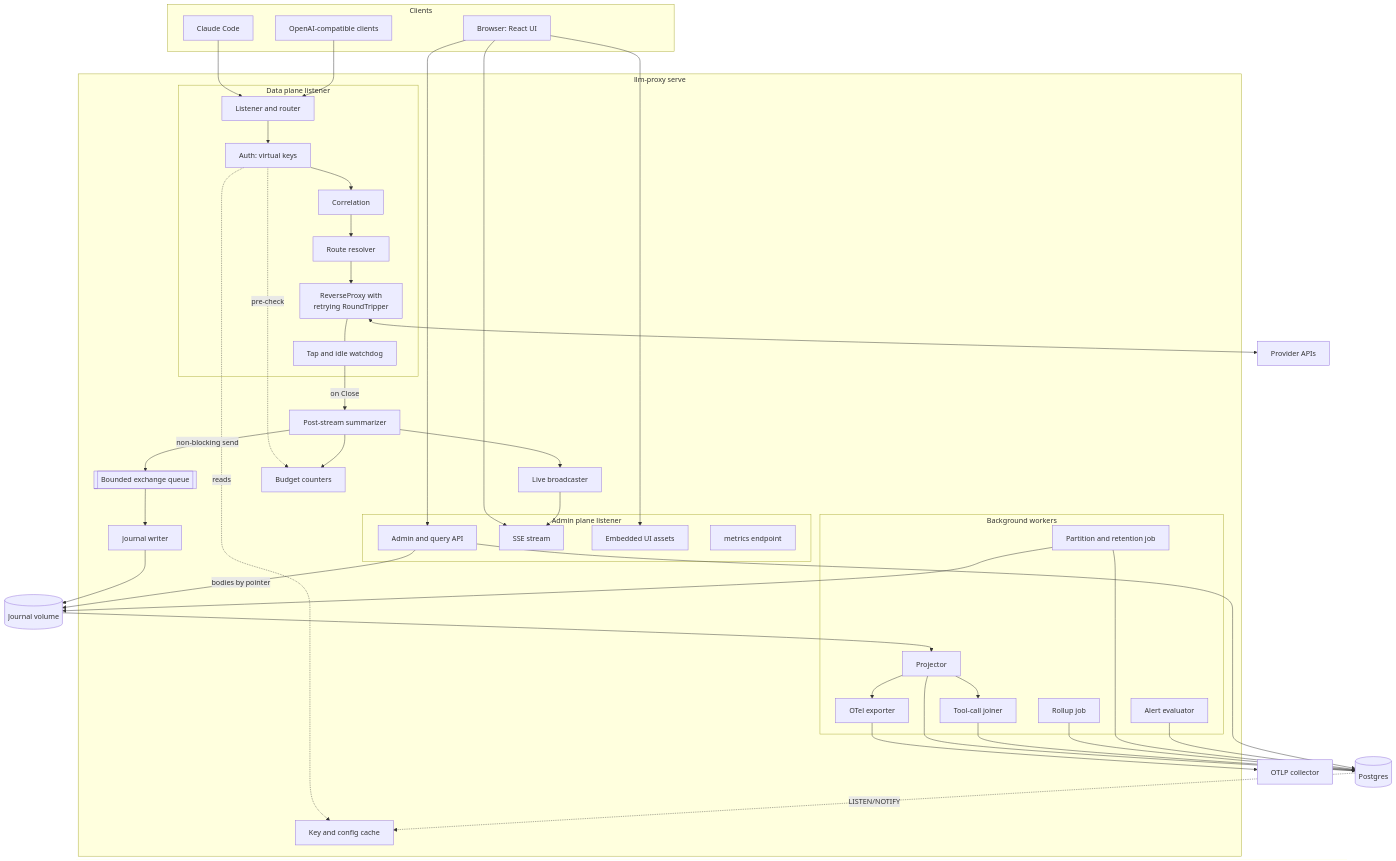
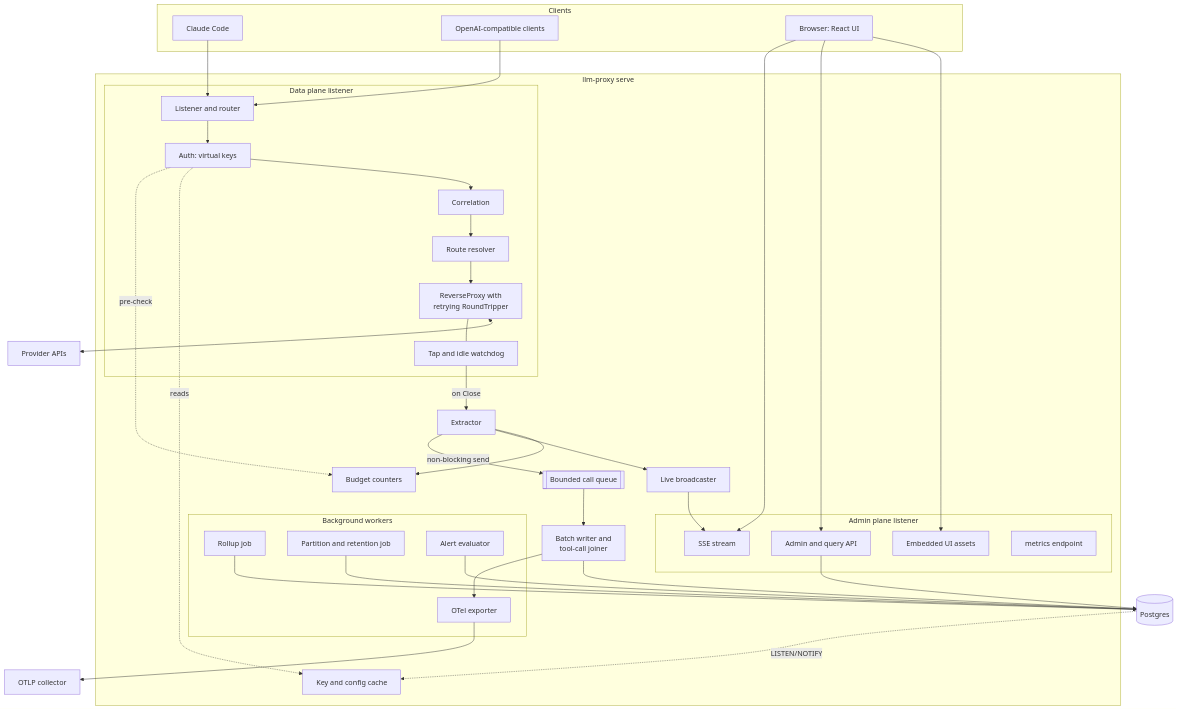
The first of 3 diagrams in docs/architecture/backend.md (mtanzi/llm-proxy), drawn with Mermaid before and after one commit. The commit also changed other lines of this file and 5 other files, not shown here.

````diff
--- a/docs/architecture/backend.md
+++ b/docs/architecture/backend.md
@@ -26,75 +26,66 @@
 ```mermaid
 flowchart TB
     subgraph clients[Clients]
         cc[Claude Code]
         oc[OpenAI-compatible clients]
         br[Browser: React UI]
     end
 
     subgraph bin[llm-proxy serve]
         subgraph dp[Data plane listener]
             mux[Listener and router]
             auth[Auth: virtual keys]
             corr[Correlation]
             route[Route resolver]
             rp[ReverseProxy with<br/>retrying RoundTripper]
             tap[Tap and idle watchdog]
         end
-        post[Post-stream summarizer]
-        q[[Bounded exchange queue]]
-        jw[Journal writer]
+        ext[Extractor]
+        q[[Bounded call queue]]
+        bw[Batch writer and<br/>tool-call joiner]
         live[Live broadcaster]
         budget[Budget counters]
         cache[Key and config cache]
 
         subgraph bg[Background workers]
-            proj[Projector]
-            join[Tool-call joiner]
             roll[Rollup job]
             part[Partition and retention job]
             alerts[Alert evaluator]
             otel[OTel exporter]
         end
 
         subgraph ap[Admin plane listener]
             api[Admin and query API]
             sse[SSE stream]
             ui[Embedded UI assets]
             metrics[metrics endpoint]
         end
     end
 
     up[Provider APIs]
-    jv[(Journal volume)]
     pg[(Postgres)]
     col[OTLP collector]
 
     cc --> mux
     oc --> mux
     mux --> auth --> corr --> route --> rp
     auth -.reads.-> cache
     auth -.pre-check.-> budget
     rp <--> up
     rp --- tap
-    tap -->|on Close| post
-    post --> budget
-    post --> live
-    post -->|non-blocking send| q
-    q --> jw --> jv
-    jv --> proj
-    proj --> join
-    proj --> pg
-    join --> pg
+    tap -->|on Close| ext
+    ext --> budget
+    ext --> live
+    ext -->|non-blocking send| q
+    q --> bw --> pg
     roll --> pg
     part --> pg
-    part --> jv
     alerts --> pg
-    proj --> otel --> col
+    bw --> otel --> col
     pg -.LISTEN/NOTIFY.-> cache
     br --> ui
     br --> api
     br --> sse
     api --> pg
-    api -->|bodies by pointer| jv
     live --> sse
 ```
````
